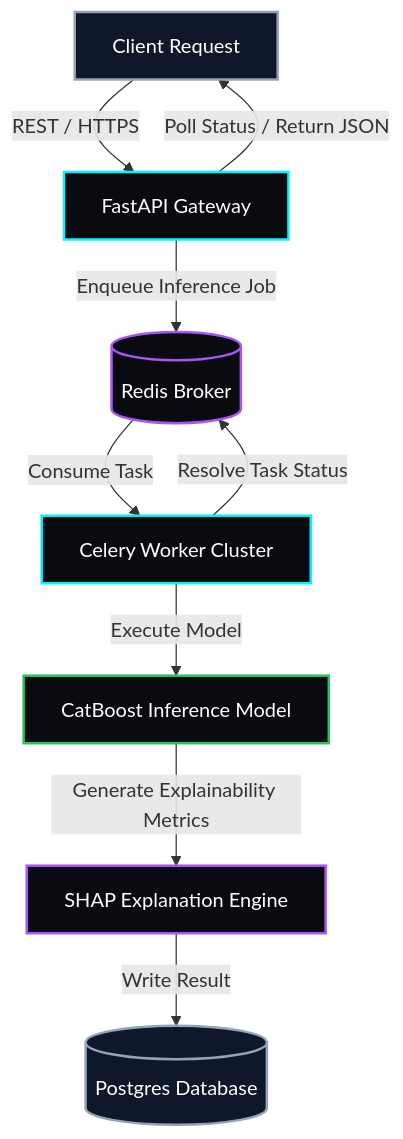
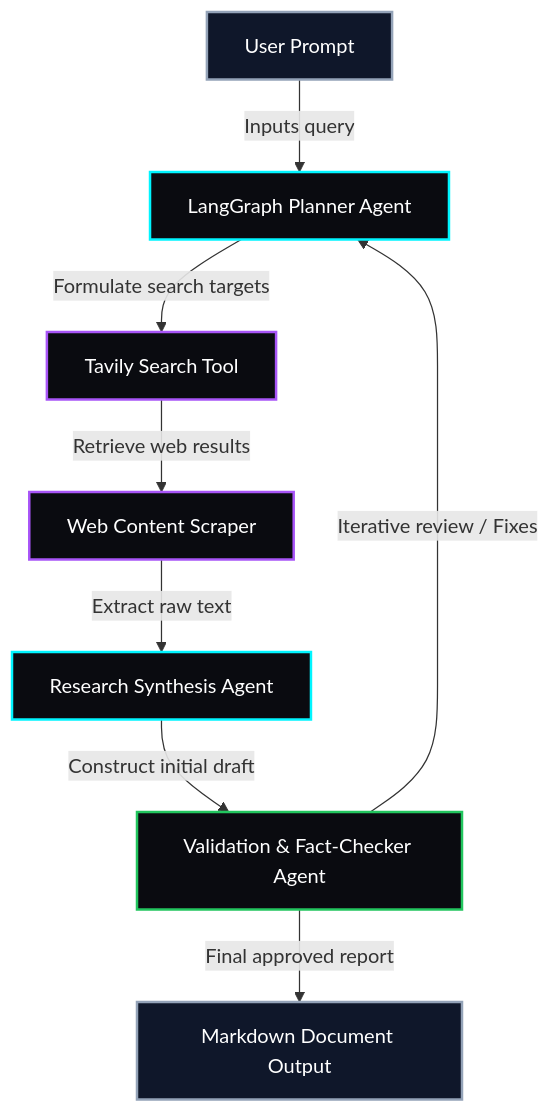
One commit to Ravianshu19/Ravianshu19 changed the diagram in README.md. Above: the diagram before and after it, drawn with Mermaid. The commit also changed other lines of this file and 2 other files, not shown here.

Commit message:
feat: update profile content, terminal engine, and schematics to feature actual user repositories

````diff
--- a/README.md
+++ b/README.md
@@ -142,19 +137,18 @@
 ```mermaid
 graph TD
-    Client[Client Request] -->|REST / HTTPS| API[FastAPI Gateway]
-    API -->|Enqueue Inference Job| Redis[(Redis Broker)]
-    Redis -->|Consume Task| Celery[Celery Worker Cluster]
-    Celery -->|Execute Model| Model[CatBoost Inference Model]
-    Model -->|Generate Explainability Metrics| SHAP[SHAP Explanation Engine]
-    SHAP -->|Write Result| Backend[(Postgres Database)]
-    Celery -->|Resolve Task Status| Redis
-    API -->|Poll Status / Return JSON| Client
+    User[User Prompt] -->|Inputs query| Planner[LangGraph Planner Agent]
+    Planner -->|Formulate search targets| Search[Tavily Search Tool]
+    Search -->|Retrieve web results| Scraper[Web Content Scraper]
+    Scraper -->|Extract raw text| Synthesis[Research Synthesis Agent]
+    Synthesis -->|Construct initial draft| Verifier[Validation & Fact-Checker Agent]
+    Verifier -->|Iterative review / Fixes| Planner
+    Verifier -->|Final approved report| Client[Markdown Document Output]
     
+    style User fill:#0f172a,stroke:#94a3b8,stroke-width:2px,color:#fff
+    style Planner fill:#0A0B10,stroke:#00F5FF,stroke-width:2px,color:#fff
+    style Search fill:#0A0B10,stroke:#A855F7,stroke-width:2px,color:#fff
+    style Scraper fill:#0A0B10,stroke:#A855F7,stroke-width:2px,color:#fff
+    style Synthesis fill:#0A0B10,stroke:#00F5FF,stroke-width:2px,color:#fff
+    style Verifier fill:#0A0B10,stroke:#22C55E,stroke-width:2px,color:#fff
     style Client fill:#0f172a,stroke:#94a3b8,stroke-width:2px,color:#fff
-    style API fill:#0A0B10,stroke:#00F5FF,stroke-width:2px,color:#fff
-    style Redis fill:#0A0B10,stroke:#A855F7,stroke-width:2px,color:#fff
-    style Celery fill:#0A0B10,stroke:#00F5FF,stroke-width:2px,color:#fff
-    style Model fill:#0A0B10,stroke:#22C55E,stroke-width:2px,color:#fff
-    style SHAP fill:#0A0B10,stroke:#A855F7,stroke-width:2px,color:#fff
-    style Backend fill:#0f172a,stroke:#94a3b8,stroke-width:2px,color:#fff
 ```
````
